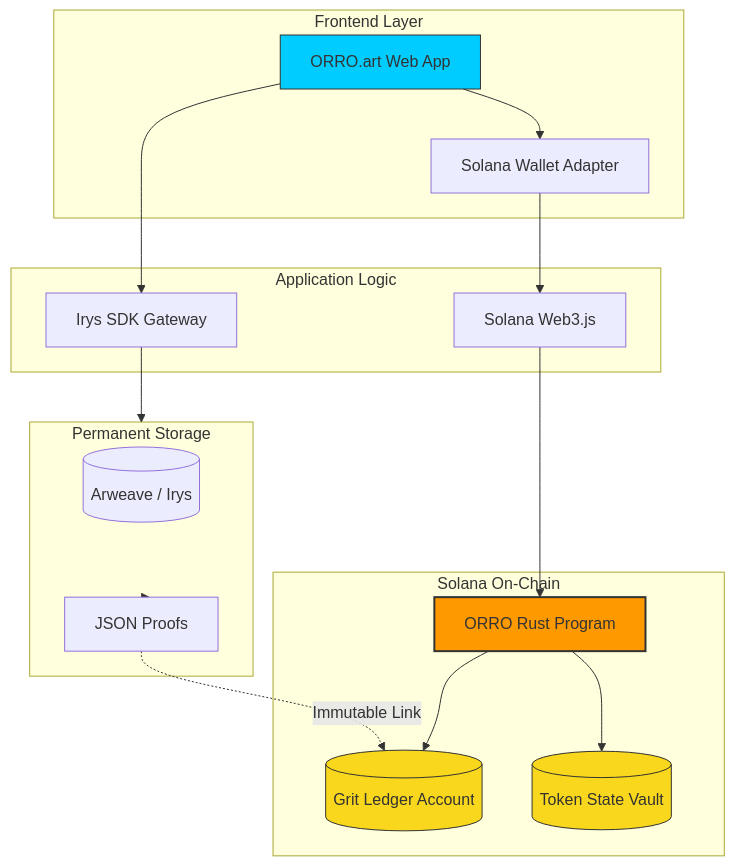
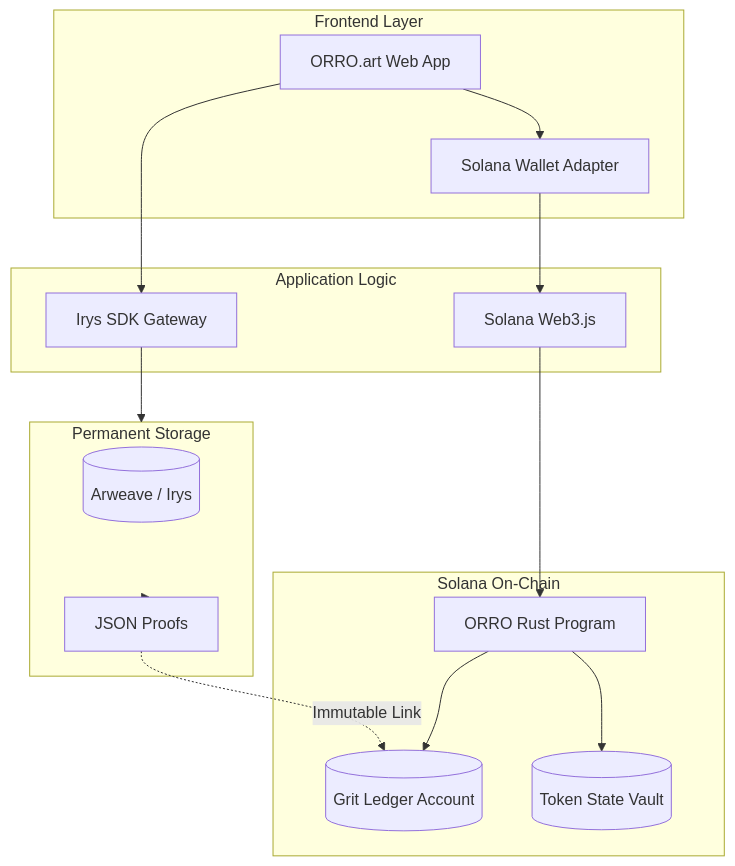
The diagram in blog/README.md (orroprotocol/core), drawn with Mermaid before and after one commit.

````diff
--- a/blog/README.md
+++ b/blog/README.md
@@ -1,42 +1,36 @@
 ```mermaid
 graph TD
     %% Layers
     subgraph Frontend [Frontend Layer]
         UI[ORRO.art Web App]
         Wallet[Solana Wallet Adapter]
     end
 
     subgraph Logic [Application Logic]
         SDK[Solana Web3.js]
         Irys[Irys SDK Gateway]
     end
 
     subgraph Blockchain [Solana On-Chain]
         Program[ORRO Rust Program]
         Ledger[(Grit Ledger Account)]
         Tokens[(Token State Vault)]
     end
 
     subgraph Storage [Permanent Storage]
         Arweave[(Arweave / Irys)]
         Metadata[JSON Proofs]
     end
 
     %% Connections
     UI --> Wallet
     Wallet --> SDK
     SDK --> Program
     Program --> Ledger
     Program --> Tokens
     
     UI --> Irys
     Irys --> Storage
     Storage --> Metadata
     Metadata -.->|Immutable Link| Ledger
-
-    %% Standard Styling (GitHub Compatible)
-    style Program fill:#ff9900,stroke:#333,stroke-width:2px
-    style UI fill:#00ccff,stroke:#333
-    style Ledger fill:#f9d71c,stroke:#333
-    style Tokens fill:#f9d71c,stroke:#333
 ```
````
